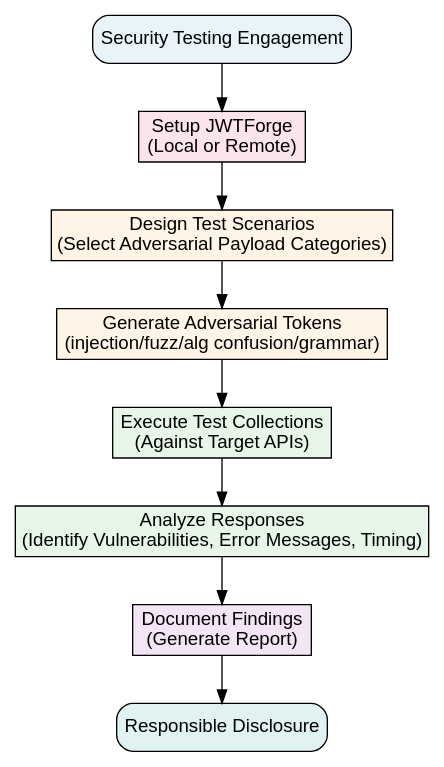
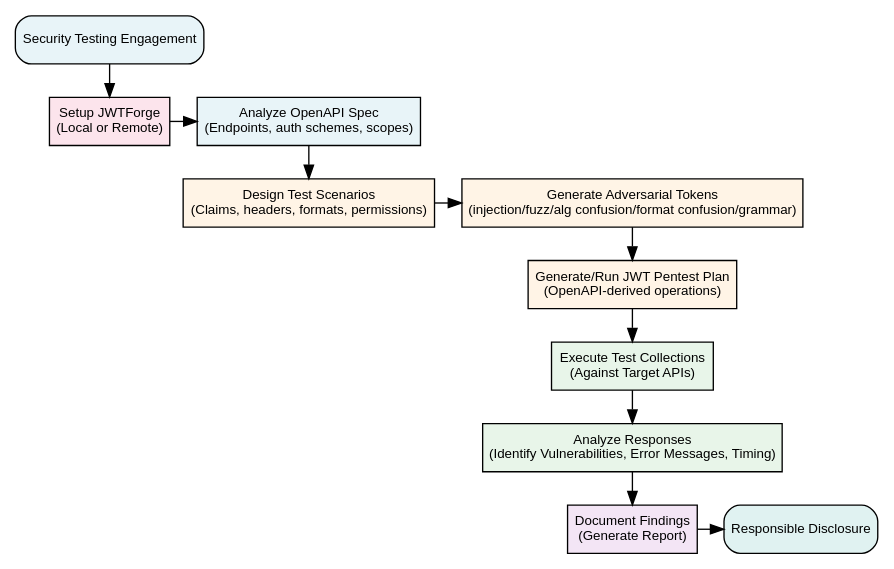
Before and after one commit to abhishektiwari/jwtforge: the diagram in paper/images/graphviz/jwtforge-researcher-workflow.dot, drawn with Graphviz. The commit also changed 24 other files, not shown here.

First line of the commit message:
Add JWT Format Confusion

```diff
--- a/paper/images/graphviz/jwtforge-researcher-workflow.dot
+++ b/paper/images/graphviz/jwtforge-researcher-workflow.dot
@@ -1,23 +1,32 @@
 digraph researcher_workflow {
     fontname="Helvetica,Arial,sans-serif"
-    node [fontname="Helvetica,Arial,sans-serif", style=filled]
-    edge [fontname="Helvetica,Arial,sans-serif"]
+    graph [ranksep=0.35, nodesep=0.28, margin=0.03]
+    node [fontname="Helvetica,Arial,sans-serif", fontsize=10, margin="0.08,0.05", style=filled]
+    edge [fontname="Helvetica,Arial,sans-serif", fontsize=9]
     rankdir=TB;
 
     start [label="Security Testing Engagement", shape=box, fillcolor="#E8F4F8", style="filled,rounded"]
     setup [label="Setup JWTForge\n(Local or Remote)", shape=box, fillcolor="#FCE4EC"]
-    design [label="Design Test Scenarios\n(Select Adversarial Payload Categories)", shape=box, fillcolor="#FFF4E6"]
-    payload [label="Generate Adversarial Tokens\n(injection/fuzz/alg confusion/grammar)", shape=box, fillcolor="#FFF4E6"]
+    openapi [label="Analyze OpenAPI Spec\n(Endpoints, auth schemes, scopes)", shape=box, fillcolor="#E8F4F8"]
+    design [label="Design Test Scenarios\n(Claims, headers, formats, permissions)", shape=box, fillcolor="#FFF4E6"]
+    payload [label="Generate Adversarial Tokens\n(injection/fuzz/alg confusion/format confusion/grammar)", shape=box, fillcolor="#FFF4E6"]
+    pentest [label="Generate/Run JWT Pentest Plan\n(OpenAPI-derived operations)", shape=box, fillcolor="#FFF4E6"]
     postman_test [label="Execute Test Collections\n(Against Target APIs)", shape=box, fillcolor="#E8F5E9"]
     analyze [label="Analyze Responses\n(Identify Vulnerabilities, Error Messages, Timing)", shape=box, fillcolor="#E8F5E9"]
     document [label="Document Findings\n(Generate Report)", shape=box, fillcolor="#F3E5F5"]
     disclose [label="Responsible Disclosure", shape=box, fillcolor="#E0F2F1", style="filled,rounded"]
 
+    { rank=same; setup; openapi }
+    { rank=same; design; payload }
+    { rank=same; document; disclose }
+
     start -> setup
-    setup -> design
+    setup -> openapi
+    openapi -> design
     design -> payload
-    payload -> postman_test
+    payload -> pentest
+    pentest -> postman_test
     postman_test -> analyze
     analyze -> document
     document -> disclose
 }
```
